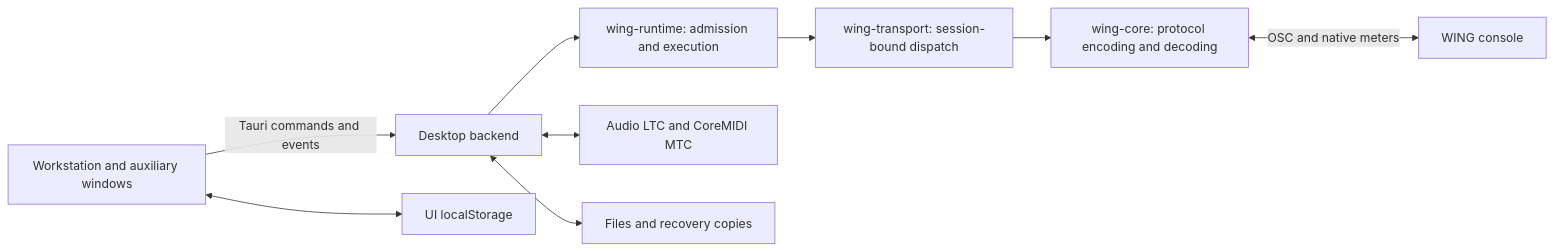
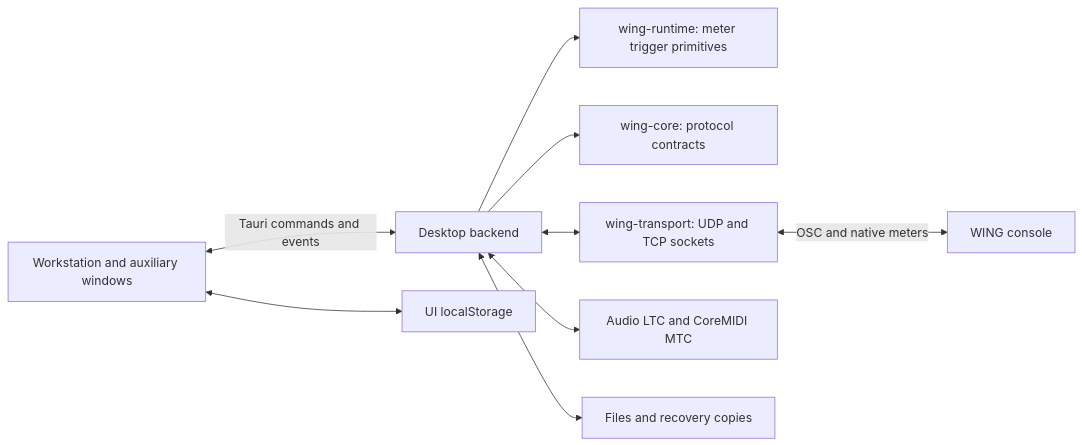
Before and after one commit to marmoles-supply/wing-controller: the diagram in docs/ARCHITECTURE.md, drawn with Mermaid. The commit also changed other lines of this file and 4 other files, not shown here.

Commit message:
Clarify measured architecture and storage audit evidence

````diff
--- a/docs/ARCHITECTURE.md
+++ b/docs/ARCHITECTURE.md
@@ -7,11 +7,11 @@
 ```mermaid
 flowchart LR
-  UI[Workstation and auxiliary windows] -->|Tauri commands and events| Desktop[Desktop backend]
-  Desktop --> Runtime[wing-runtime: admission and execution]
-  Runtime --> Transport[wing-transport: session-bound dispatch]
-  Transport --> Core[wing-core: protocol encoding and decoding]
-  Core <-->|OSC and native meters| Wing[WING console]
+  UI[Workstation and auxiliary windows] <-->|Tauri commands and events| Desktop[Desktop backend]
+  Desktop --> Runtime[wing-runtime: meter trigger primitives]
+  Desktop --> Core[wing-core: protocol contracts]
+  Desktop <--> Transport[wing-transport: UDP and TCP sockets]
+  Transport <-->|OSC and native meters| Wing[WING console]
   Desktop <--> Timecode[Audio LTC and CoreMIDI MTC]
   Desktop <--> Storage[Files and recovery copies]
   UI <--> Local[UI localStorage]
 ```
````
